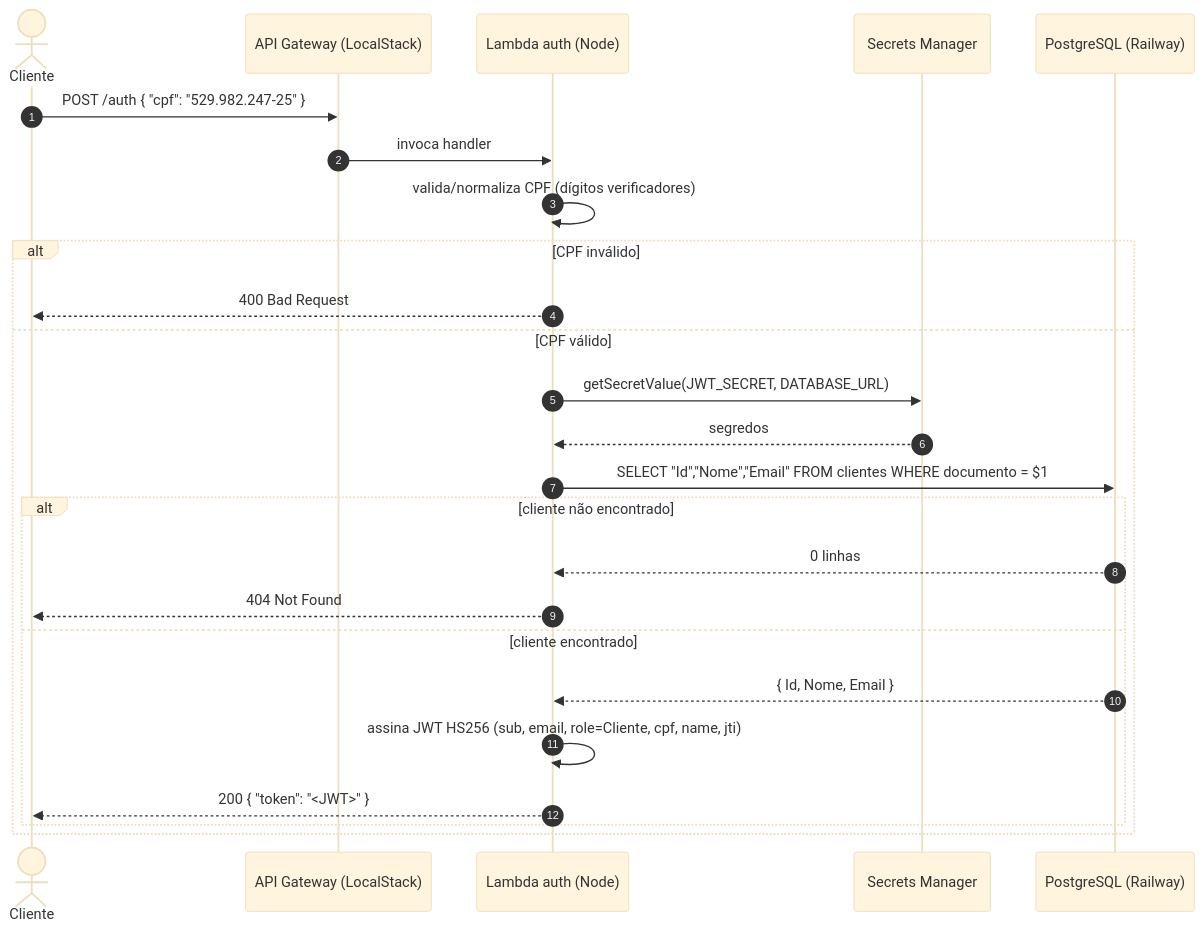
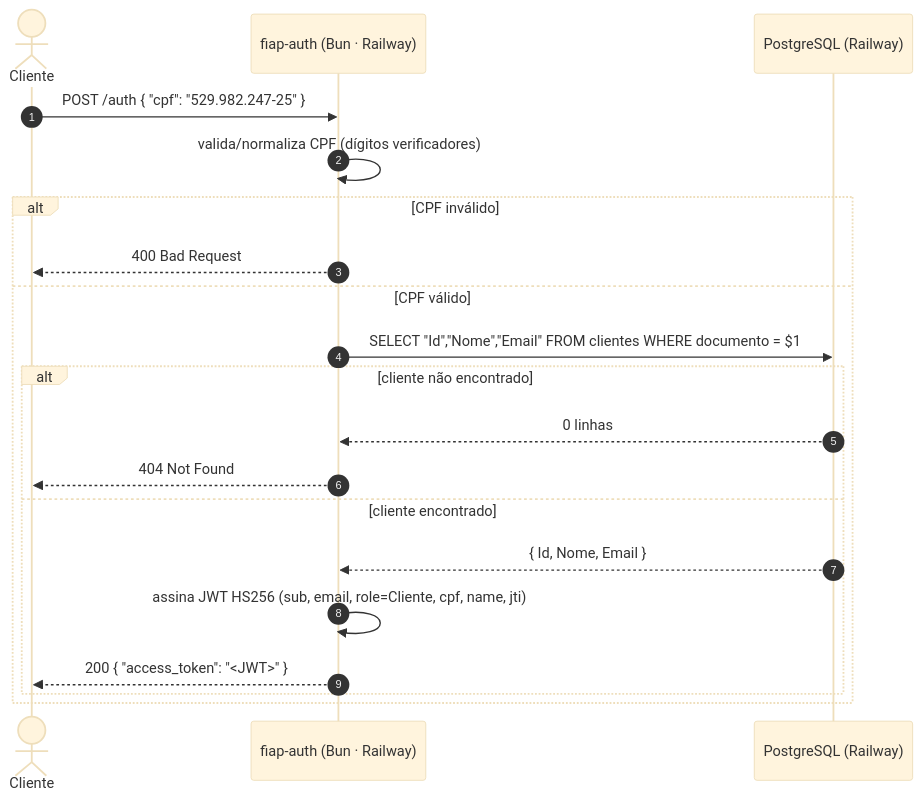
Before and after one commit to MathboyL3/fiap-app: the second of 3 diagrams in docs/ARQUITETURA.md, drawn with Mermaid (base theme). The commit also changed other lines of this file and 6 other files, not shown here.

First line of the commit message:
docs: arquitetura 100% nuvem real (Railway + Kong); remove LocalStack (#9)

````diff
--- a/docs/ARQUITETURA.md
+++ b/docs/ARQUITETURA.md
@@ -123,28 +88,23 @@
 ```mermaid
 sequenceDiagram
   autonumber
   actor C as Cliente
-  participant GW as API Gateway (LocalStack)
-  participant L as Lambda auth (Node)
-  participant SM as Secrets Manager
+  participant A as fiap-auth (Bun · Railway)
   participant DB as PostgreSQL (Railway)
 
-  C->>GW: POST /auth { "cpf": "529.982.247-25" }
-  GW->>L: invoca handler
-  L->>L: valida/normaliza CPF (dígitos verificadores)
+  C->>A: POST /auth { "cpf": "529.982.247-25" }
+  A->>A: valida/normaliza CPF (dígitos verificadores)
   alt CPF inválido
-    L-->>C: 400 Bad Request
+    A-->>C: 400 Bad Request
   else CPF válido
-    L->>SM: getSecretValue(JWT_SECRET, DATABASE_URL)
-    SM-->>L: segredos
-    L->>DB: SELECT "Id","Nome","Email" FROM clientes WHERE documento = $1
+    A->>DB: SELECT "Id","Nome","Email" FROM clientes WHERE documento = $1
     alt cliente não encontrado
-      DB-->>L: 0 linhas
-      L-->>C: 404 Not Found
+      DB-->>A: 0 linhas
+      A-->>C: 404 Not Found
     else cliente encontrado
-      DB-->>L: { Id, Nome, Email }
-      L->>L: assina JWT HS256 (sub, email, role=Cliente, cpf, name, jti)
-      L-->>C: 200 { "token": "<JWT>" }
+      DB-->>A: { Id, Nome, Email }
+      A->>A: assina JWT HS256 (sub, email, role=Cliente, cpf, name, jti)
+      A-->>C: 200 { "access_token": "<JWT>" }
     end
   end
 ```
````
